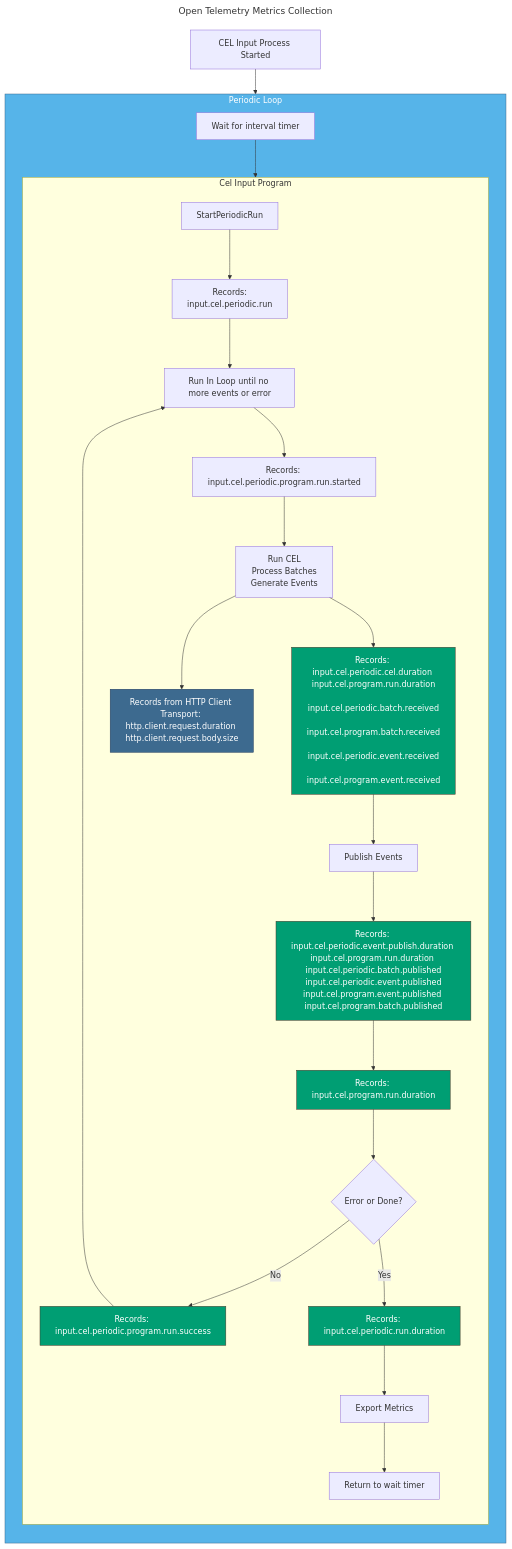
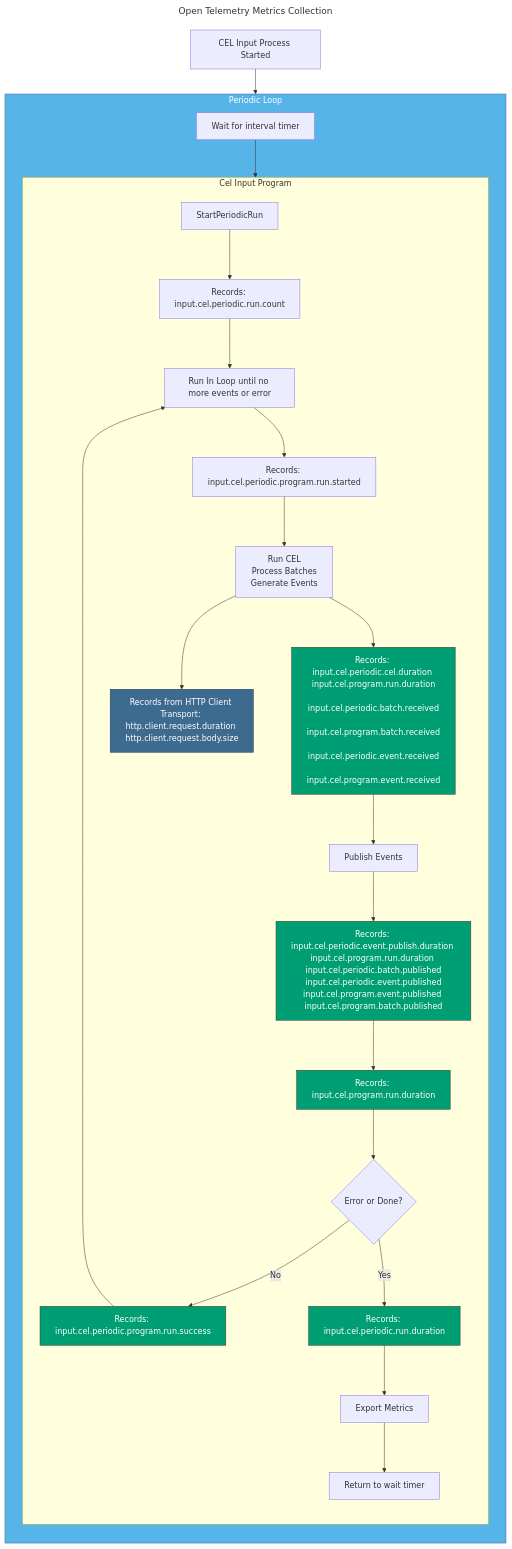
Before and after one commit to elastic/beats: the diagram in x-pack/filebeat/input/cel/cel_metrics_collection.mermaid, drawn with Mermaid. The commit also changed other lines of this file and 4 other files, not shown here.

First line of the commit message:
x-pack/filebeat/input/cel: Fix OTel metric namespace conflicts (#50135)

```diff
--- a/x-pack/filebeat/input/cel/cel_metrics_collection.mermaid
+++ b/x-pack/filebeat/input/cel/cel_metrics_collection.mermaid
@@ -1,50 +1,50 @@
 ---
 title: Open Telemetry Metrics Collection
 ---
 flowchart TD
  B["CEL Input Process Started"] --> C["Wait for interval timer"]
 subgraph PERIODIC["Periodic Loop"]
     direction TB
     C --> StartPeriodicRun
        subgraph INNER ["Cel Input Program"]
            direction TB
            StartPeriodicRun["StartPeriodicRun"]
            ProgramLoop["Run In Loop until no more events or error"]
            CEL["Run CEL<br/>Process Batches<br/>Generate Events"]
            PublishEvents["Publish Events"]
            ErrorCheck{"Error or Done?"}
-           RunStartMetric["Records: <br/>input.cel.periodic.run"]
+           RunStartMetric["Records: <br/>input.cel.periodic.run.count"]
            ProgramStartMetric["Records: <br/>input.cel.periodic.program.run.started"]
            HTTPMetrics["Records from HTTP Client Transport: <br/>http.client.request.duration <br/>http.client.request.body.size"]
            CELMetrics["Records: <br/>input.cel.periodic.cel.duration <br/>input.cel.program.run.duration<br/> input.cel.periodic.batch.received<br/> input.cel.program.batch.received<br/> input.cel.periodic.event.received<br/>  input.cel.program.event.received"]
            PublishMetrics["Records: <br/>input.cel.periodic.event.publish.duration <br/>input.cel.program.run.duration <br/>input.cel.periodic.batch.published<br/> input.cel.periodic.event.published <br/>input.cel.program.event.published <br/>input.cel.program.batch.published"]
            ProgramDurationMetrics["Records: <br/>input.cel.program.run.duration"]
            SuccessMetrics["Records: <br/>input.cel.periodic.program.run.success"]
            EndLoopMetrics["Records: <br/>input.cel.periodic.run.duration"]
            CollectMetrics["Export Metrics"]
            StartPeriodicRun --> RunStartMetric
            RunStartMetric --> ProgramLoop
            ProgramLoop --> ProgramStartMetric
            ProgramStartMetric --> CEL
            CEL --> CELMetrics
            CEL --> HTTPMetrics
            CELMetrics --> PublishEvents
            PublishEvents --> PublishMetrics
            PublishMetrics --> ProgramDurationMetrics
            ProgramDurationMetrics --> ErrorCheck
            ErrorCheck -->|No| SuccessMetrics
            SuccessMetrics --> ProgramLoop
            ErrorCheck -->|Yes| EndLoopMetrics
            EndLoopMetrics --> CollectMetrics
            CollectMetrics --> ExitLoop["Return to wait timer"]
        end
   end
 
 
     style PERIODIC fill:#56B4E9,stroke:#3d6a8f,color:#fff
     style CELMetrics fill:#009E73,stroke:#4a3728,color:#fff
     style SuccessMetrics fill:#009E73,stroke:#4a3728,color:#fff
     style ProgramDurationMetrics fill:#009E73,stroke:#4a3728,color:#fff
     style PublishMetrics fill:#009E73,stroke:#4a3728,color:#fff
     style EndLoopMetrics fill:#009E73,stroke:#4a3728,color:#fff
     style HTTPMetrics fill:#3d6a8f,stroke:#1e3a5f,color:#fff
```
